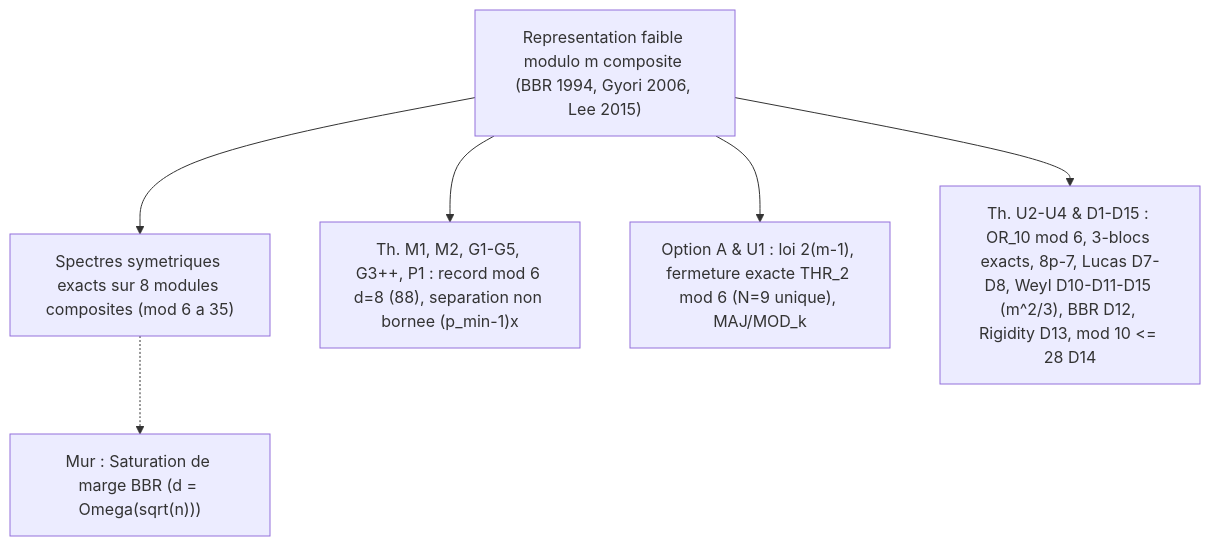
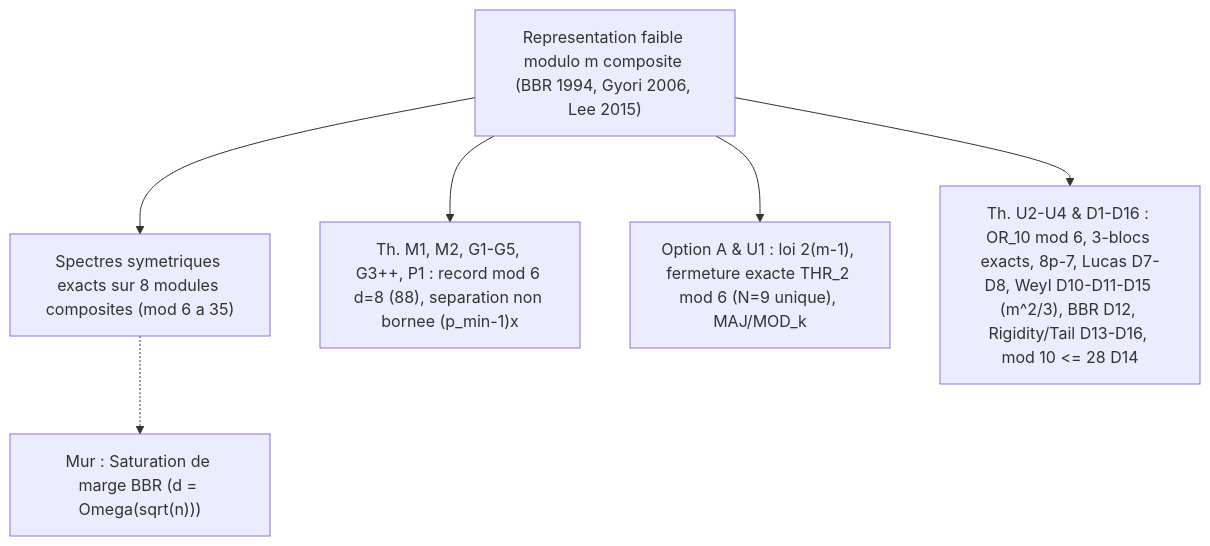
Before and after one commit to Axel-Bouchery/P-NP: the diagram in axe2_mod_composite_polynomials/RAPPORT.md, drawn with Mermaid. The commit also changed other lines of this file and 10 other files, not shown here.

````diff
--- a/axe2_mod_composite_polynomials/RAPPORT.md
+++ b/axe2_mod_composite_polynomials/RAPPORT.md
@@ -59,9 +59,9 @@
 ```mermaid
 flowchart TD
     Root["Representation faible modulo m composite (BBR 1994, Gyori 2006, Lee 2015)"]
     Root --> A2a["Spectres symetriques exacts sur 8 modules composites (mod 6 a 35)"]
     Root --> A2b["Th. M1, M2, G1-G5, G3++, P1 : record mod 6 d=8 (88), separation non bornee (p_min-1)x"]
     Root --> A2c["Option A & U1 : loi 2(m-1), fermeture exacte THR_2 mod 6 (N=9 unique), MAJ/MOD_k"]
-    Root --> A2d["Th. U2-U4 & D1-D15 : OR_10 mod 6, 3-blocs exacts, 8p-7, Lucas D7-D8, Weyl D10-D11-D15 (m^2/3), BBR D12, Rigidity D13, mod 10 <= 28 D14"]
+    Root --> A2d["Th. U2-U4 & D1-D16 : OR_10 mod 6, 3-blocs exacts, 8p-7, Lucas D7-D8, Weyl D10-D11-D15 (m^2/3), BBR D12, Rigidity/Tail D13-D16, mod 10 <= 28 D14"]
     A2a -.-> M3["Mur : Saturation de marge BBR (d = Omega(sqrt(n)))"]
 ```
````
